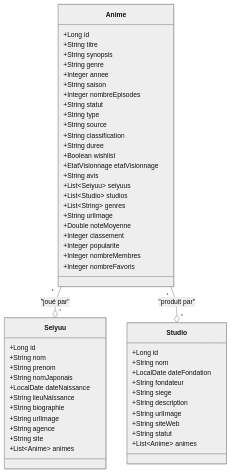
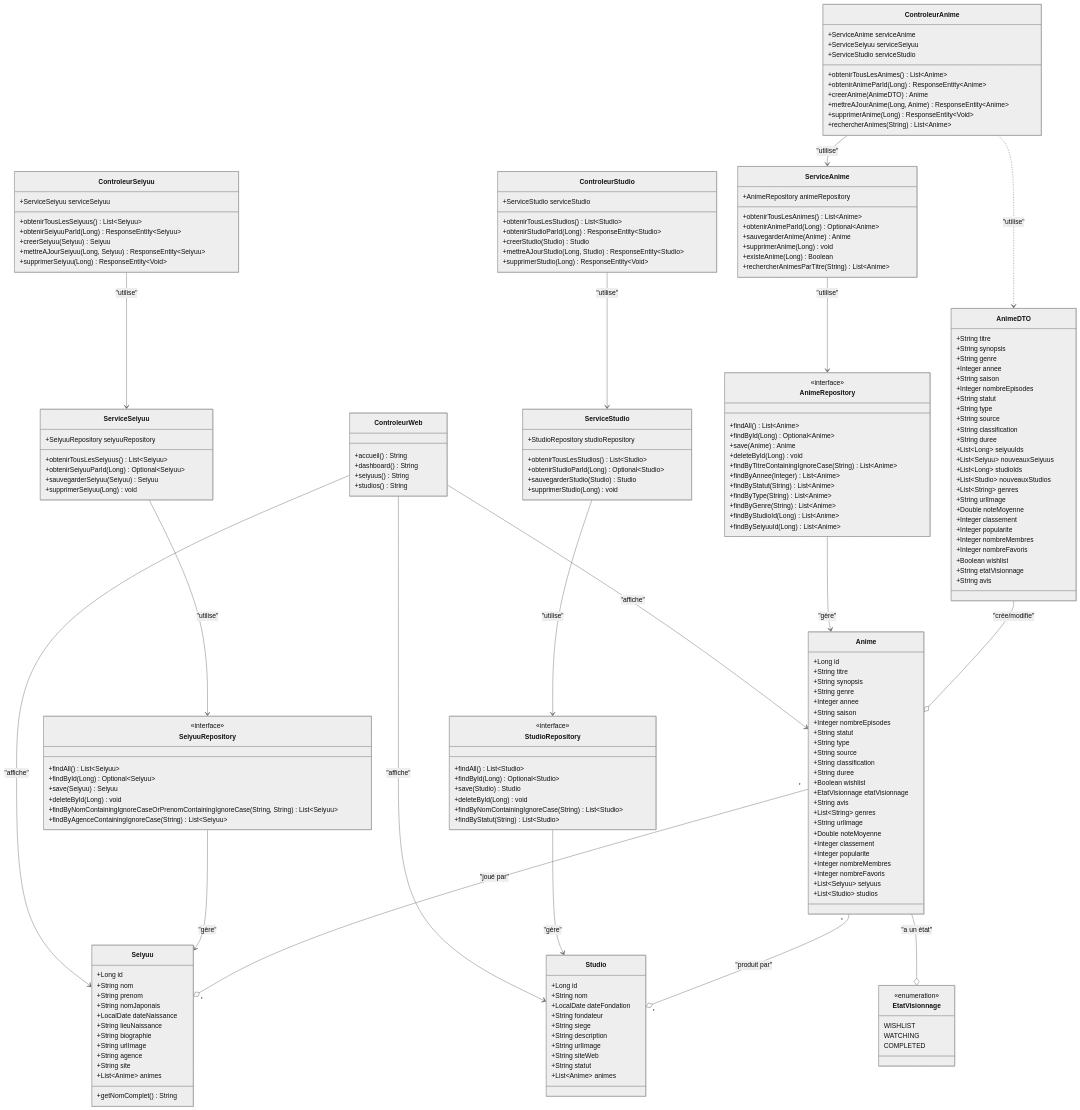
One commit to junyium1/AnimeWatchlistJava changed the first of 8 diagrams in DIAGRAMMES_MERMAID.md. Above: the diagram before and after it, drawn with Mermaid (neutral theme). The commit also changed other lines of this file, not shown here.

Commit message:
ajout entité uml

````diff
--- a/DIAGRAMMES_MERMAID.md
+++ b/DIAGRAMMES_MERMAID.md
@@ -19,8 +19,6 @@
         +Boolean wishlist
         +EtatVisionnage etatVisionnage
         +String avis
-        +List~Seiyuu~ seiyuus
-        +List~Studio~ studios
         +List~String~ genres
         +String urlImage
         +Double noteMoyenne
@@ -28,7 +26,10 @@
         +Integer popularite
         +Integer nombreMembres
         +Integer nombreFavoris
+        +List~Seiyuu~ seiyuus
+        +List~Studio~ studios
     }
+    
     class Seiyuu {
         +Long id
         +String nom
@@ -41,7 +42,9 @@
         +String agence
         +String site
         +List~Anime~ animes
+        +getNomComplet() String
     }
+    
     class Studio {
         +Long id
         +String nom
@@ -54,6 +57,165 @@
         +String statut
         +List~Anime~ animes
     }
+    
+    class AnimeDTO {
+        +String titre
+        +String synopsis
+        +String genre
+        +Integer annee
+        +String saison
+        +Integer nombreEpisodes
+        +String statut
+        +String type
+        +String source
+        +String classification
+        +String duree
+        +List~Long~ seiyuuIds
+        +List~Seiyuu~ nouveauxSeiyuus
+        +List~Long~ studioIds
+        +List~Studio~ nouveauxStudios
+        +List~String~ genres
+        +String urlImage
+        +Double noteMoyenne
+        +Integer classement
+        +Integer popularite
+        +Integer nombreMembres
+        +Integer nombreFavoris
+        +Boolean wishlist
+        +String etatVisionnage
+        +String avis
+    }
+    
+    class EtatVisionnage {
+        <<enumeration>>
+        WISHLIST
+        WATCHING
+        COMPLETED
+    }
+    
+    class ControleurAnime {
+        +ServiceAnime serviceAnime
+        +ServiceSeiyuu serviceSeiyuu
+        +ServiceStudio serviceStudio
+        +obtenirTousLesAnimes() List~Anime~
+        +obtenirAnimeParId(Long) ResponseEntity~Anime~
+        +creerAnime(AnimeDTO) Anime
+        +mettreAJourAnime(Long, Anime) ResponseEntity~Anime~
+        +supprimerAnime(Long) ResponseEntity~Void~
+        +rechercherAnimes(String) List~Anime~
+    }
+    
+    class ServiceAnime {
+        +AnimeRepository animeRepository
+        +obtenirTousLesAnimes() List~Anime~
+        +obtenirAnimeParId(Long) Optional~Anime~
+        +sauvegarderAnime(Anime) Anime
+        +supprimerAnime(Long) void
+        +existeAnime(Long) Boolean
+        +rechercherAnimesParTitre(String) List~Anime~
+    }
+    
+    class AnimeRepository {
+        <<interface>>
+        +findAll() List~Anime~
+        +findById(Long) Optional~Anime~
+        +save(Anime) Anime
+        +deleteById(Long) void
+        +findByTitreContainingIgnoreCase(String) List~Anime~
+        +findByAnnee(Integer) List~Anime~
+        +findByStatut(String) List~Anime~
+        +findByType(String) List~Anime~
+        +findByGenre(String) List~Anime~
+        +findByStudioId(Long) List~Anime~
+        +findBySeiyuuId(Long) List~Anime~
+    }
+    
+    class ControleurSeiyuu {
+        +ServiceSeiyuu serviceSeiyuu
+        +obtenirTousLesSeiyuus() List~Seiyuu~
+        +obtenirSeiyuuParId(Long) ResponseEntity~Seiyuu~
+        +creerSeiyuu(Seiyuu) Seiyuu
+        +mettreAJourSeiyuu(Long, Seiyuu) ResponseEntity~Seiyuu~
+        +supprimerSeiyuu(Long) ResponseEntity~Void~
+    }
+    
+    class ServiceSeiyuu {
+        +SeiyuuRepository seiyuuRepository
+        +obtenirTousLesSeiyuus() List~Seiyuu~
+        +obtenirSeiyuuParId(Long) Optional~Seiyuu~
+        +sauvegarderSeiyuu(Seiyuu) Seiyuu
+        +supprimerSeiyuu(Long) void
+    }
+    
+    class SeiyuuRepository {
+        <<interface>>
+        +findAll() List~Seiyuu~
+        +findById(Long) Optional~Seiyuu~
+        +save(Seiyuu) Seiyuu
+        +deleteById(Long) void
+        +findByNomContainingIgnoreCaseOrPrenomContainingIgnoreCase(String, String) List~Seiyuu~
+        +findByAgenceContainingIgnoreCase(String) List~Seiyuu~
+    }
+    
+    class ControleurStudio {
+        +ServiceStudio serviceStudio
+        +obtenirTousLesStudios() List~Studio~
+        +obtenirStudioParId(Long) ResponseEntity~Studio~
+        +creerStudio(Studio) Studio
+        +mettreAJourStudio(Long, Studio) ResponseEntity~Studio~
+        +supprimerStudio(Long) ResponseEntity~Void~
+    }
+    
+    class ServiceStudio {
+        +StudioRepository studioRepository
+        +obtenirTousLesStudios() List~Studio~
+        +obtenirStudioParId(Long) Optional~Studio~
+        +sauvegarderStudio(Studio) Studio
+        +supprimerStudio(Long) void
+    }
+    
+    class StudioRepository {
+        <<interface>>
+        +findAll() List~Studio~
+        +findById(Long) Optional~Studio~
+        +save(Studio) Studio
+        +deleteById(Long) void
+        +findByNomContainingIgnoreCase(String) List~Studio~
+        +findByStatut(String) List~Studio~
+    }
+    
+    class ControleurWeb {
+        +accueil() String
+        +dashboard() String
+        +seiyuus() String
+        +studios() String
+    }
+    
+    %% Relations entre entités
     Anime "*" --o "*" Seiyuu : "joué par"
     Anime "*" --o "*" Studio : "produit par"
+    Anime --o EtatVisionnage : "a un état"
+    
+    %% Relations avec DTO
+    ControleurAnime ..> AnimeDTO : "utilise"
+    AnimeDTO --o Anime : "crée/modifie"
+    
+    %% Relations de couches
+    ControleurAnime --> ServiceAnime : "utilise"
+    ControleurSeiyuu --> ServiceSeiyuu : "utilise"
+    ControleurStudio --> ServiceStudio : "utilise"
+    
+    ServiceAnime --> AnimeRepository : "utilise"
+    ServiceSeiyuu --> SeiyuuRepository : "utilise"
+    ServiceStudio --> StudioRepository : "utilise"
+    
+    %% Relations avec entités
+    AnimeRepository --> Anime : "gère"
+    SeiyuuRepository --> Seiyuu : "gère"
+    StudioRepository --> Studio : "gère"
+    
+    %% Relations web
+    ControleurWeb --> Anime : "affiche"
+    ControleurWeb --> Seiyuu : "affiche"
+    ControleurWeb --> Studio : "affiche"
 ```
````
